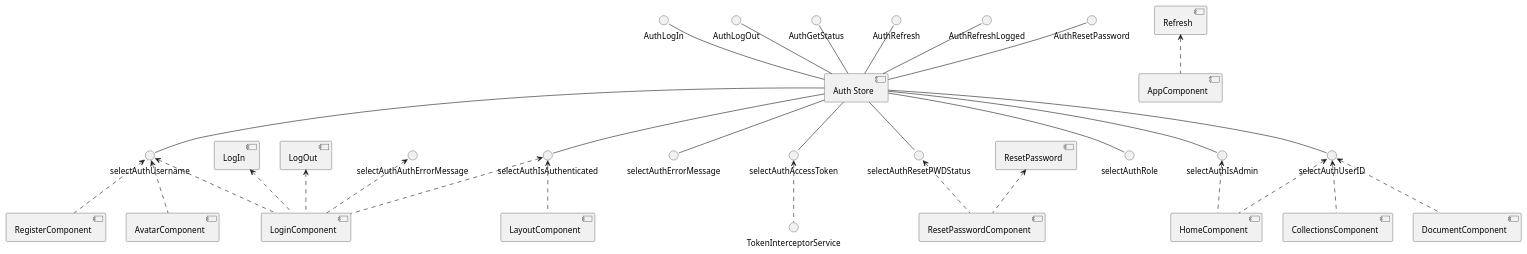
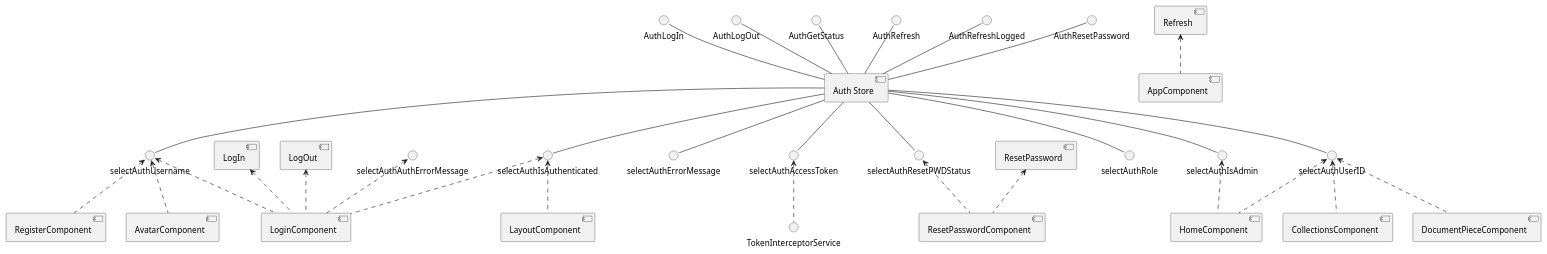
Before and after one commit to HISPAMUS/muret: the first of 17 diagrams in documentation/puml/angular.puml, drawn with PlantUML. The commit also changed other lines of this file and 30 other files, not shown here.

```diff
--- a/documentation/puml/angular.puml
+++ b/documentation/puml/angular.puml
@@ -3,36 +3,36 @@
 @startuml auth_store_component
     ' Auth
     [Auth Store]
     AuthLogIn -- [Auth Store]
     AuthLogOut -- [Auth Store]
     AuthGetStatus -- [Auth Store]
     AuthRefresh -- [Auth Store]
     AuthRefreshLogged -- [Auth Store]
     AuthResetPassword -- [Auth Store]
     [Auth Store] -- selectAuthIsAuthenticated
     [Auth Store] -- selectAuthUsername
     [Auth Store] -- selectAuthErrorMessage
     [Auth Store] -- selectAuthAccessToken
     [Auth Store] -- selectAuthResetPWDStatus
     [Auth Store] -- selectAuthRole
     [Auth Store] -- selectAuthIsAdmin
     [Auth Store] -- selectAuthUserID
 
     [LogIn] <.. [LoginComponent]
     [LogOut] <.. [LoginComponent]
     [Refresh] <.. [AppComponent]
 
     [ResetPassword] <.. [ResetPasswordComponent]
     selectAuthIsAuthenticated <.. [LoginComponent]
     selectAuthIsAuthenticated <.. [LayoutComponent]
     selectAuthUsername <.. [LoginComponent]
     selectAuthUsername <.. [RegisterComponent]
     selectAuthUsername <.. [AvatarComponent]
     selectAuthAuthErrorMessage <.. [LoginComponent]
     selectAuthAccessToken <.. TokenInterceptorService
     selectAuthResetPWDStatus <.. [ResetPasswordComponent]
     selectAuthIsAdmin <.. [HomeComponent]
     selectAuthUserID <.. [HomeComponent]
     selectAuthUserID <.. [CollectionsComponent]
-    selectAuthUserID <.. [DocumentComponent]
+    selectAuthUserID <.. [DocumentPieceComponent]
 @enduml
```
